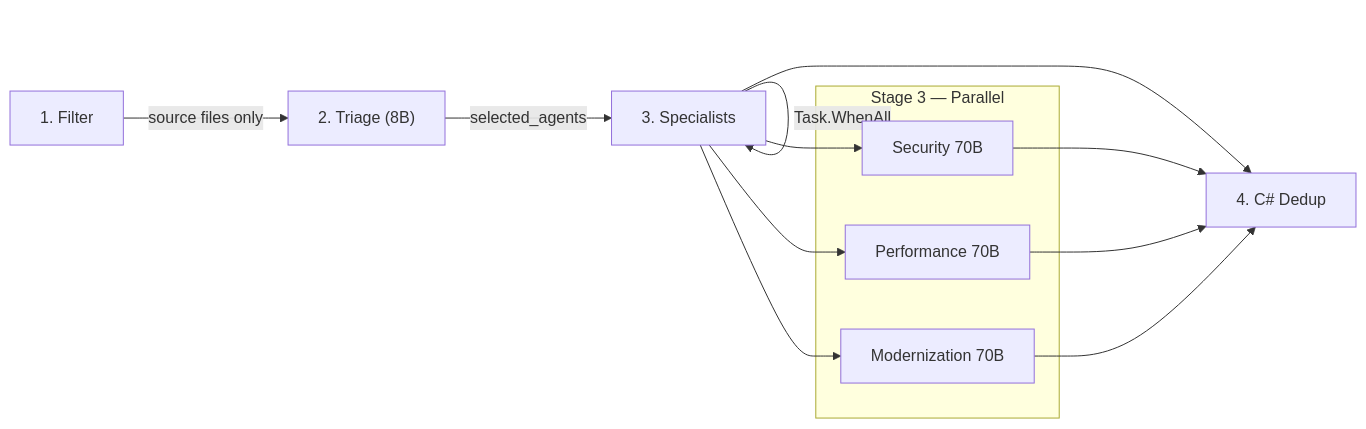
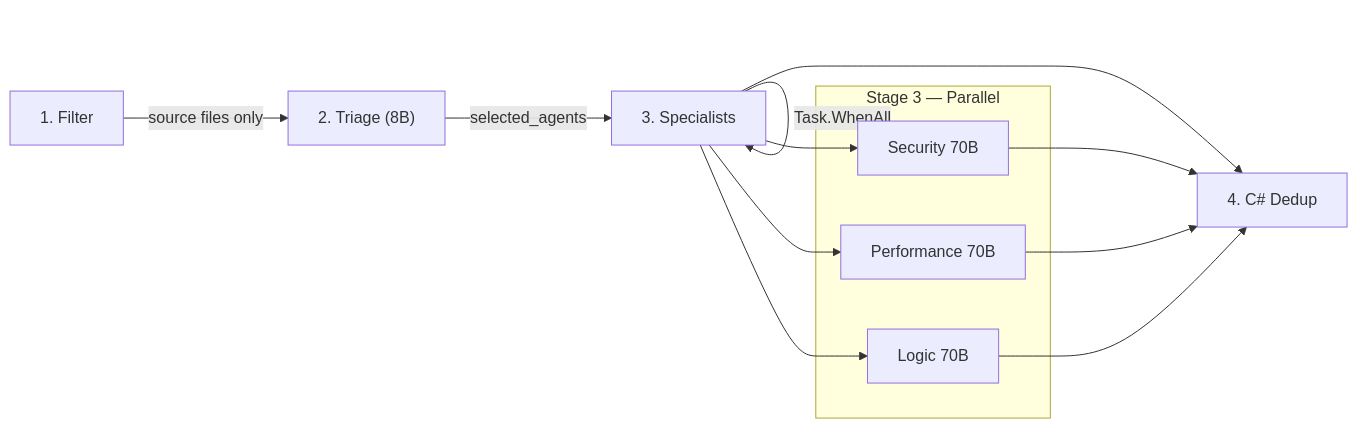
Before and after one commit to bhavyananda17/multi_agent_code_review_mcpserver: the second of 5 diagrams in README.md, drawn with Mermaid. The commit also changed other lines of this file, not shown here.

````diff
--- a/README.md
+++ b/README.md
@@ -85,20 +109,20 @@
 ```mermaid
 graph LR
     A["1. Filter"] -->|"source files only"| B["2. Triage (8B)"]
     B -->|"selected_agents"| C["3. Specialists"]
     C -->|"Task.WhenAll"| C
     C --> D["4. C# Dedup"]
 
     subgraph "Stage 3 — Parallel"
         C1[Security 70B]
         C2[Performance 70B]
-        C3[Modernization 70B]
+        C3[Logic 70B]
     end
 
     C --> C1
     C --> C2
     C --> C3
     C1 --> D
     C2 --> D
     C3 --> D
 ```
````
